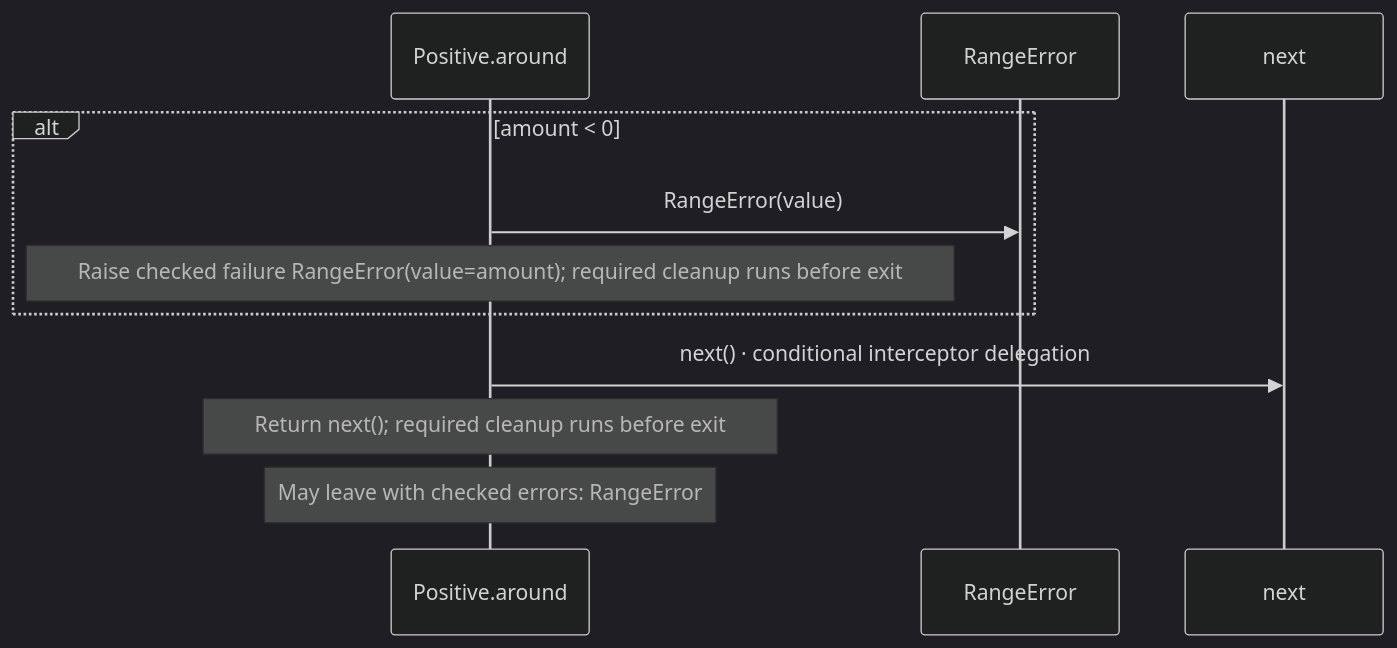
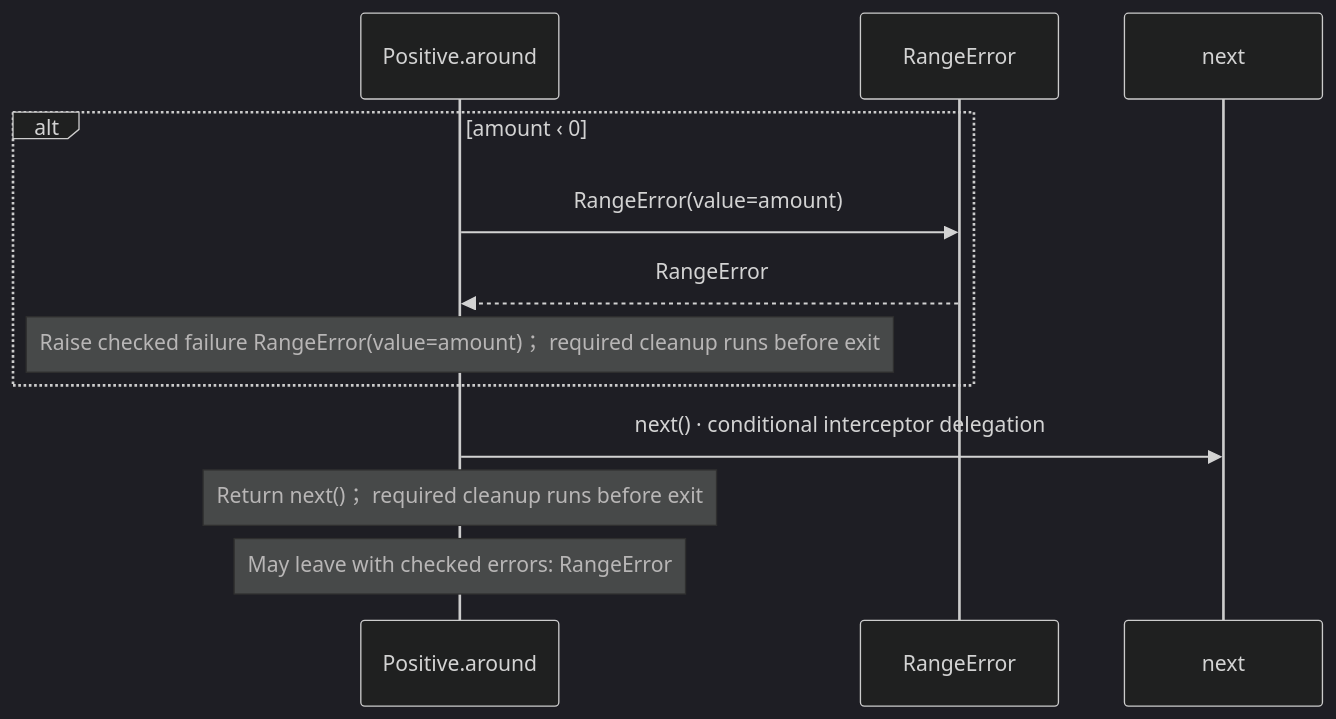
Before and after one commit to GreenPandaStudios/augscript: the third of 3 diagrams in docs/examples/approved-design/domain/numbers-diagrams.md, drawn with Mermaid (dark theme). The commit also changed other lines of this file and 524 other files, not shown here.

Commit message:
Explain checked data flow at folder and service levels

````diff
--- a/docs/examples/approved-design/domain/numbers-diagrams.md
+++ b/docs/examples/approved-design/domain/numbers-diagrams.md
@@ -65,13 +61,14 @@
 ```mermaid
 sequenceDiagram
     participant p0 as Positive.around
     participant p1 as RangeError
     participant p2 as next
-    alt amount #60; 0
-    p0->>p1: RangeError(value)
-    Note over p0: Raise checked failure RangeError(value=amount)#59; required cleanup runs before exit
+    alt amount ‹ 0
+    p0->>p1: RangeError(value=amount)
+    p1-->>p0: RangeError
+    Note over p0: Raise checked failure RangeError(value=amount)； required cleanup runs before exit
     end
     p0->>p2: next() · conditional interceptor delegation
-    Note over p0: Return next()#59; required cleanup runs before exit
+    Note over p0: Return next()； required cleanup runs before exit
     Note over p0: May leave with checked errors: RangeError
 ```
````
